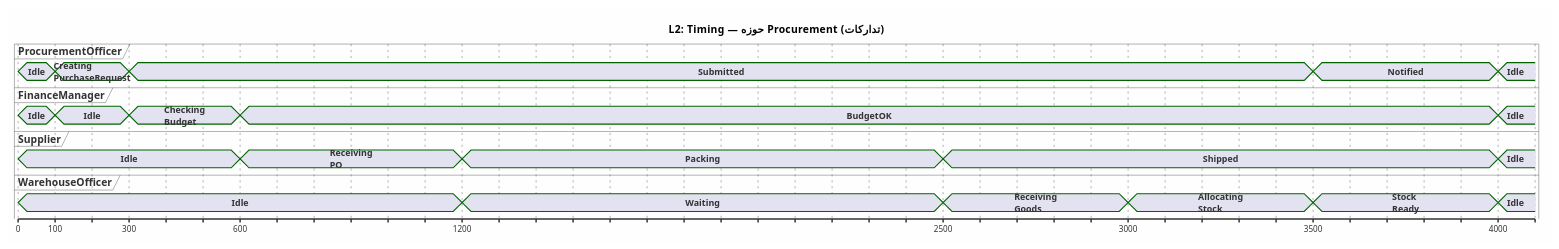
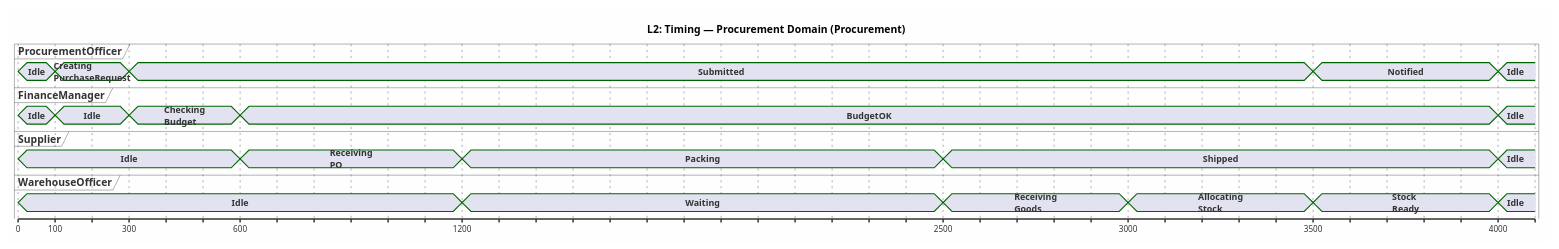
One commit to Shakour-Data/BedaanWaves changed the third of 7 diagrams in docs/02_architecture/ARCH_integrated-hr-finance-procurement-uml-overview-timing_v1.md. Above: the diagram before and after it, drawn with PlantUML. The commit also changed other lines of this file and 19 other files, not shown here.

````diff
--- a/docs/02_architecture/ARCH_integrated-hr-finance-procurement-uml-overview-timing_v1.md
+++ b/docs/02_architecture/ARCH_integrated-hr-finance-procurement-uml-overview-timing_v1.md
@@ -342,51 +342,51 @@
 ```plantuml
 @startuml ARCH-L2-Timing-Procurement
 skinparam backgroundColor #FEFEFE
-title L2: Timing — حوزه Procurement (تدارکات)
+title L2: Timing — Procurement Domain (Procurement)
 
 concise "ProcurementOfficer" as PO
 concise "FinanceManager" as FM
 concise "Supplier" as SUP
 concise "WarehouseOfficer" as WH
 
 @0
 PO is "Idle"
 FM is "Idle"
 SUP is "Idle"
 WH is "Idle"
 
 @100
 PO is "Creating\nPurchaseRequest"
 FM is "Idle"
 
 @300
 PO is "Submitted"
 FM is "Checking\nBudget"
 
 @600
 FM is "BudgetOK"
 SUP is "Receiving\nPO"
 
 @1200
 SUP is "Packing"
 WH is "Waiting"
 
 @2500
 SUP is "Shipped"
 WH is "Receiving\nGoods"
 
 @3000
 WH is "Allocating\nStock"
 
 @3500
 WH is "Stock\nReady"
 PO is "Notified"
 
 @4000
 PO is "Idle"
 FM is "Idle"
 SUP is "Idle"
 WH is "Idle"
 
 @enduml
 ```
````
